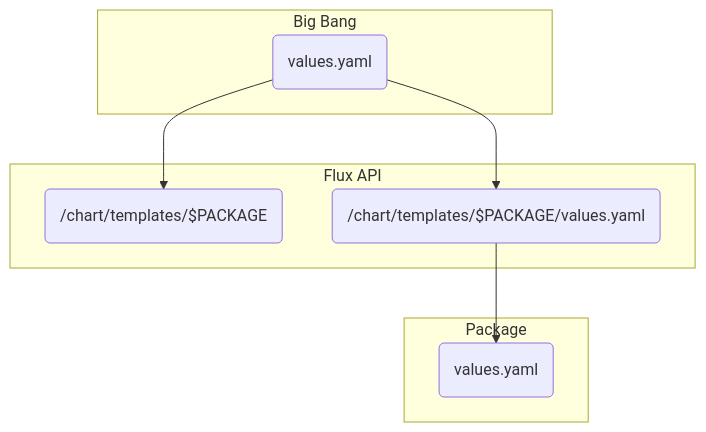
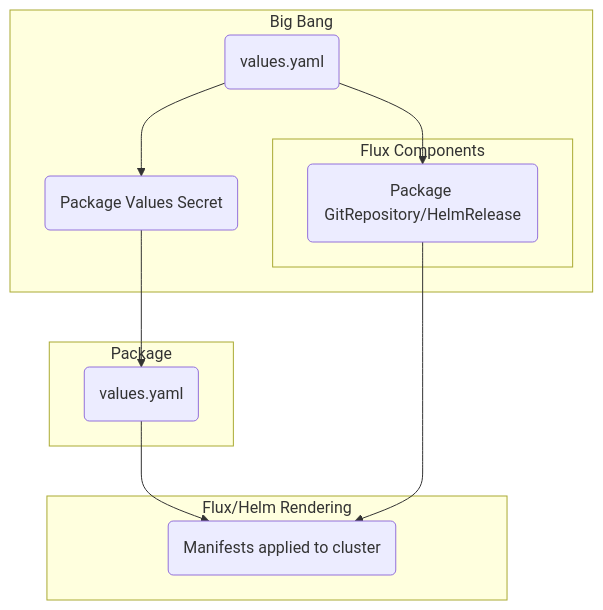
Before and after one commit to anoncam/big-bang: the diagram in docs/guides/using_bigbang/values_guide.md, drawn with Mermaid.

Commit message:
Refactor mermaids

````diff
--- a/docs/guides/using_bigbang/values_guide.md
+++ b/docs/guides/using_bigbang/values_guide.md
@@ -19,16 +19,21 @@
 ```mermaid
 graph TD
   subgraph "Package"
     package_values("values.yaml")
   end
 
-  subgraph "Flux API"
-    flux_api("Flux API")
-    values_passthrough("/chart/templates/$PACKAGE/values.yaml") --> package_values("values.yaml")
+  subgraph "Big Bang"
+    bb("values.yaml") --> values_secret("Package Values Secret")
+    bb("values.yaml") --> flux_hr
+    values_secret --> package_values
+    subgraph "Flux Components"
+      flux_hr("Package GitRepository/HelmRelease")
+    end
   end
 
-  subgraph "Big Bang"
-    bb("values.yaml") --> flux_api("/chart/templates/$PACKAGE")
-    bb("values.yaml") --> values_passthrough("/chart/templates/$PACKAGE/values.yaml")
+  subgraph "Flux/Helm Rendering"
+    manifests("Manifests applied to cluster")
+    package_values --> manifests
+    flux_hr --> manifests
   end
 ```
````
